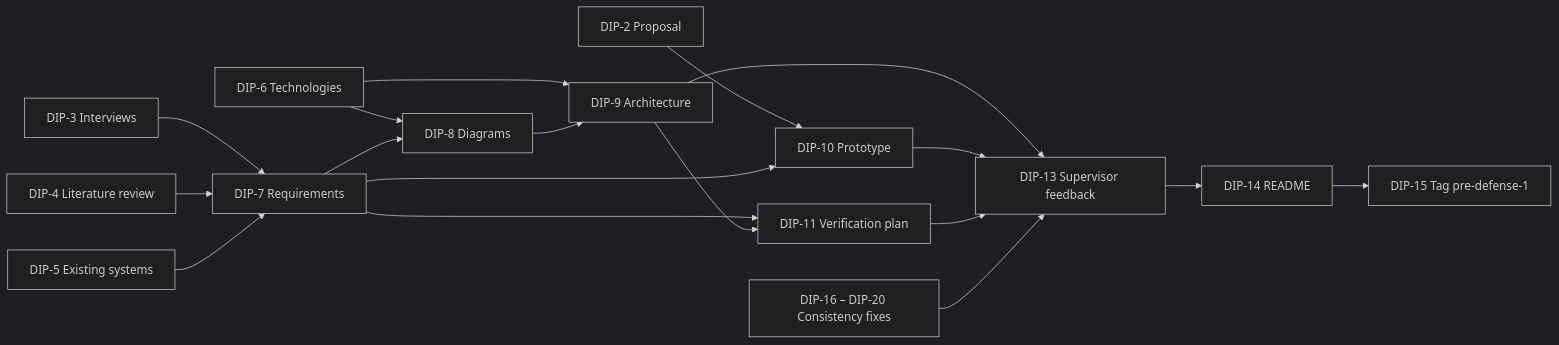
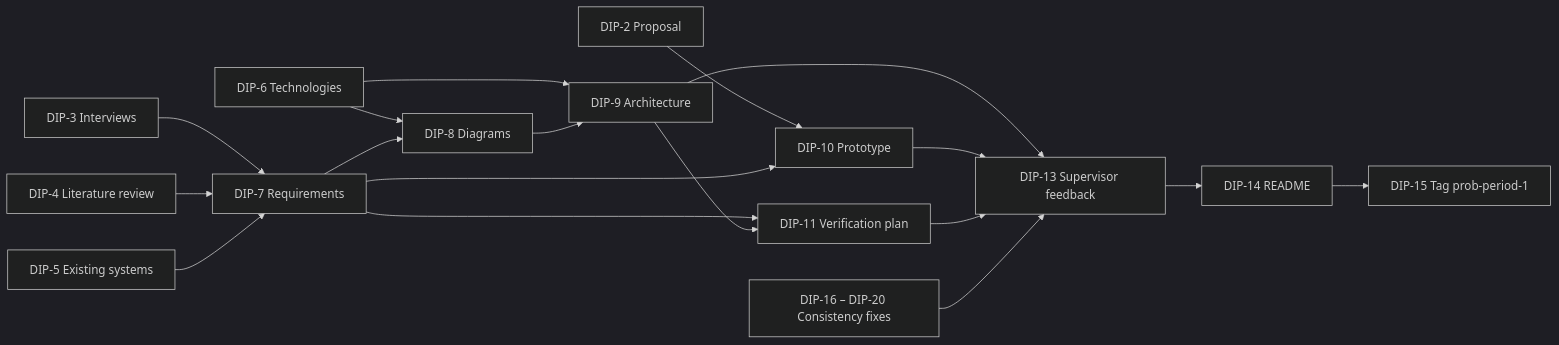
The diagram in docs/10-project-management/risks-and-dependencies.md (Adiilkwz/SerpinEdu), drawn with Mermaid (dark theme) before and after one commit. The commit also changed 2 other files, not shown here.

Commit message:
DIP-23: Rename tag references to prob-period-1 (#23)

````diff
--- a/docs/10-project-management/risks-and-dependencies.md
+++ b/docs/10-project-management/risks-and-dependencies.md
@@ -55,20 +55,20 @@
 ```mermaid
 flowchart LR
     DIP2[DIP-2 Proposal] --> DIP10[DIP-10 Prototype]
     DIP3[DIP-3 Interviews] --> DIP7[DIP-7 Requirements]
     DIP4[DIP-4 Literature review] --> DIP7
     DIP5[DIP-5 Existing systems] --> DIP7
     DIP6[DIP-6 Technologies] --> DIP8[DIP-8 Diagrams]
     DIP7 --> DIP8
     DIP7 --> DIP10
     DIP6 --> DIP9[DIP-9 Architecture]
     DIP8 --> DIP9
     DIP7 --> DIP11[DIP-11 Verification plan]
     DIP9 --> DIP11
     DIP9 --> DIP13[DIP-13 Supervisor feedback]
     DIP10 --> DIP13
     DIP11 --> DIP13
     FIX[DIP-16 – DIP-20 Consistency fixes] --> DIP13
     DIP13 --> DIP14[DIP-14 README]
-    DIP14 --> DIP15[DIP-15 Tag pre-defense-1]
+    DIP14 --> DIP15[DIP-15 Tag prob-period-1]
 ```
````
